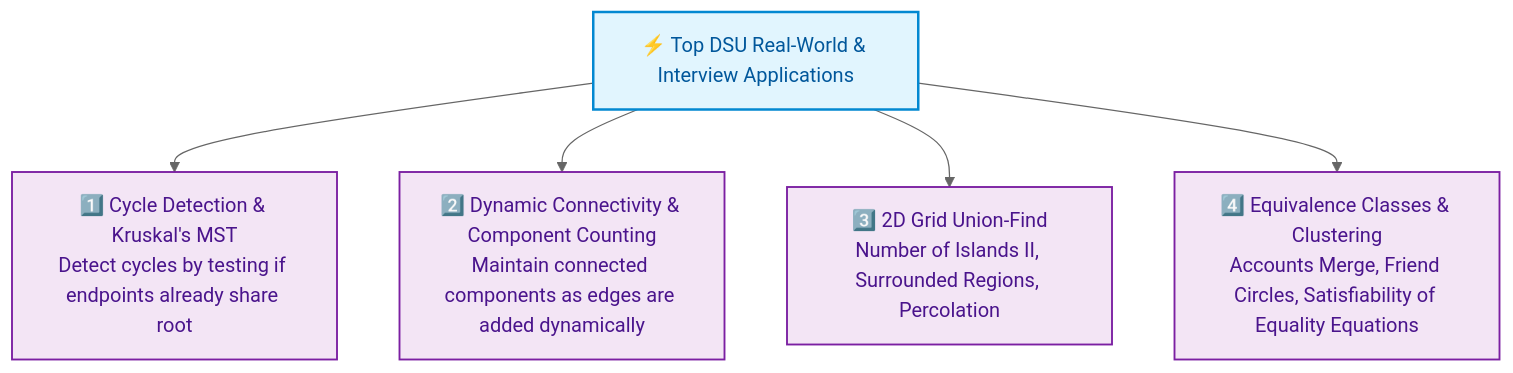
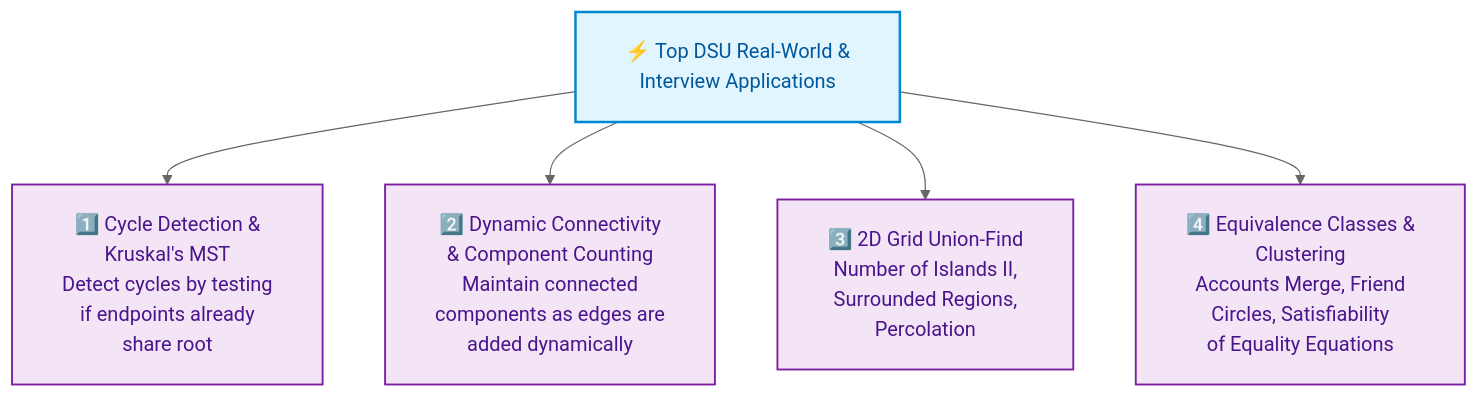
Diagram 15 of 15 in week_09_graph_algorithms_i/Week_09_Visual_Concepts_Playbook_HYBRID.md (dip4k/DSA_102), drawn with Mermaid (neutral theme) before and after one commit. The commit also changed other lines of this file and 108 other files, not shown here.

First line of the commit message:
fix(mermaid): resolve diagram clipping, padding, and syntax issues across repo

````diff
--- a/week_09_graph_algorithms_i/Week_09_Visual_Concepts_Playbook_HYBRID.md
+++ b/week_09_graph_algorithms_i/Week_09_Visual_Concepts_Playbook_HYBRID.md
@@ -520,11 +534,12 @@
 ```mermaid
+%%{init: {"flowchart": {"htmlLabels": true, "padding": 20}}}%%
 flowchart TD
     classDef app fill:#e1f5fe,stroke:#0288d1,color:#01579b,stroke-width:2px;
     classDef use fill:#f3e5f5,stroke:#7b1fa2,color:#4a148c,stroke-width:1.5px;
 
-    D["⚡ Top DSU Real-World & Interview Applications"]:::app
-    D --> A1["1️⃣ Cycle Detection & Kruskal's MST<br/>Detect cycles by testing if endpoints already share root"]:::use
-    D --> A2["2️⃣ Dynamic Connectivity & Component Counting<br/>Maintain connected components as edges are added dynamically"]:::use
-    D --> A3["3️⃣ 2D Grid Union-Find<br/>Number of Islands II, Surrounded Regions, Percolation"]:::use
-    D --> A4["4️⃣ Equivalence Classes & Clustering<br/>Accounts Merge, Friend Circles, Satisfiability of Equality Equations"]:::use
+    D["⚡ Top DSU Real-World &<br/>Interview Applications"]:::app
+    D --> A1["1️⃣ Cycle Detection &<br/>Kruskal's MST<br/>Detect cycles by testing<br/>if endpoints already<br/>share root"]:::use
+    D --> A2["2️⃣ Dynamic Connectivity<br/>& Component Counting<br/>Maintain connected<br/>components as edges are<br/>added dynamically"]:::use
+    D --> A3["3️⃣ 2D Grid Union-Find<br/>Number of Islands II,<br/>Surrounded Regions,<br/>Percolation"]:::use
+    D --> A4["4️⃣ Equivalence Classes &<br/>Clustering<br/>Accounts Merge, Friend<br/>Circles, Satisfiability<br/>of Equality Equations"]:::use
 ```
````
